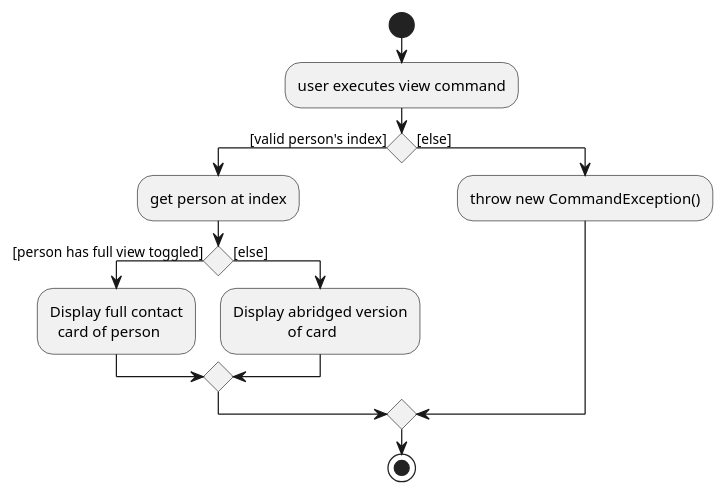
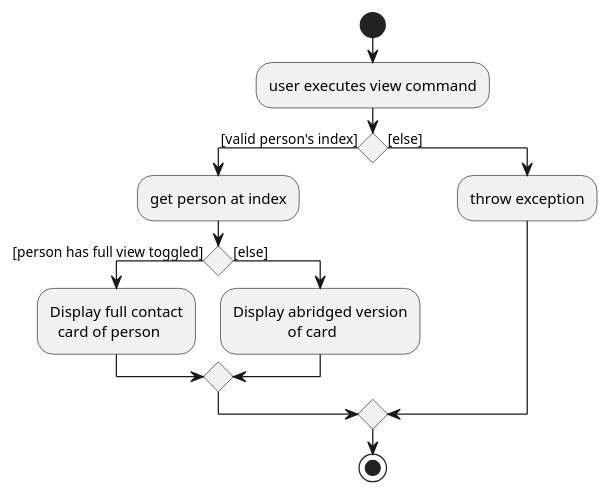
One commit to nus-cs2103-AY2425S1/tp changed the diagram in docs/diagrams/ViewActivityDiagram.puml. Above: the diagram before and after it, drawn with PlantUML. The commit also changed 5 other files, not shown here.

```diff
--- a/docs/diagrams/ViewActivityDiagram.puml
+++ b/docs/diagrams/ViewActivityDiagram.puml
@@ -1,21 +1,21 @@
 @startuml
 'https://plantuml.com/activity-diagram-beta
 
 start
 :user executes view command;
 if () then ([valid person's index])
   :get person at index;
   if () then ([person has full view toggled])
       :Display full contact
         card of person;
     else ([else])
       :Display abridged version
                     of card;
     endif
 else ([else])
-  :throw new CommandException();
+  :throw exception;
 endif
 
 stop
 
 @enduml
```
